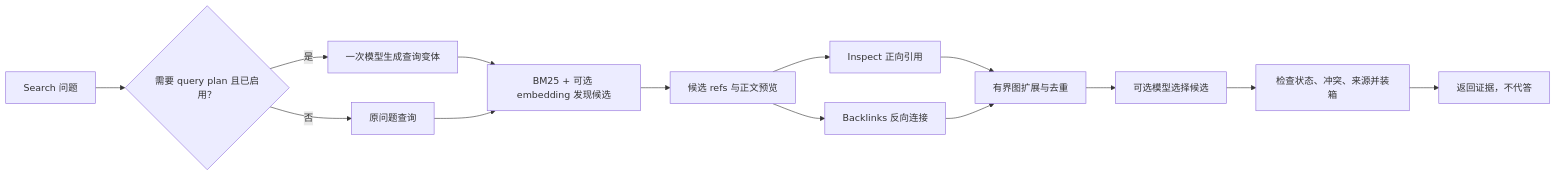
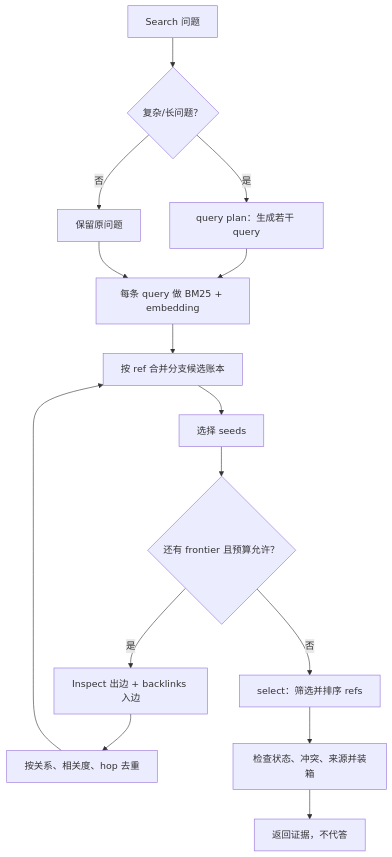
The second of 2 diagrams in DESIGN.md (Graygoo7529/AM-Link), drawn with Mermaid before and after one commit. The commit also changed other lines of this file and 4 other files, not shown here.

````diff
--- a/DESIGN.md
+++ b/DESIGN.md
@@ -54,16 +57,17 @@
 ```mermaid
-flowchart LR
-  A[Search 问题] --> B{需要 query plan 且已启用？}
-  B -->|是| C[一次模型生成查询变体]
-  B -->|否| D[原问题查询]
-  C --> E[BM25 + 可选 embedding 发现候选]
+flowchart TD
+  A[Search 问题] --> B{复杂/长问题？}
+  B -->|是| C[query plan：生成若干 query]
+  B -->|否| D[保留原问题]
+  C --> E[每条 query 做 BM25 + embedding]
   D --> E
-  E --> F[候选 refs 与正文预览]
-  F --> G[Inspect 正向引用]
-  F --> H[Backlinks 反向连接]
-  G --> I[有界图扩展与去重]
-  H --> I
-  I --> J[可选模型选择候选]
-  J --> K[检查状态、冲突、来源并装箱]
-  K --> L[返回证据，不代答]
+  E --> F[按 ref 合并分支候选账本]
+  F --> G[选择 seeds]
+  G --> H{还有 frontier 且预算允许？}
+  H -->|是| I[Inspect 出边 + backlinks 入边]
+  I --> J[按关系、相关度、hop 去重]
+  J --> F
+  H -->|否| K[select：筛选并排序 refs]
+  K --> L[检查状态、冲突、来源并装箱]
+  L --> M[返回证据，不代答]
 ```
````
